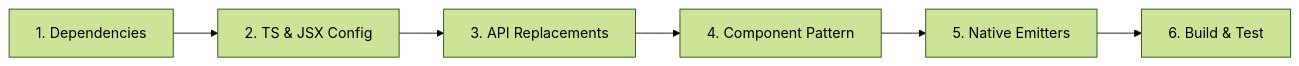
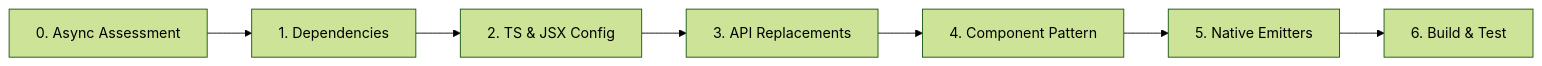
The third of 3 diagrams in docs/solid-2-framework-migration-guide.md (zynth-org/zynth), drawn with Mermaid (forest theme) before and after one commit. The commit also changed other lines of this file, not shown here.

Commit message:
feat: Update SolidJS 2.0 migration guide with architectural principles and async mental model

````diff
--- a/docs/solid-2-framework-migration-guide.md
+++ b/docs/solid-2-framework-migration-guide.md
@@ -32,8 +284,9 @@
 ```mermaid
 flowchart LR
-    S1[1. Dependencies] --> S2[2. TS & JSX Config]
+    S0[0. Async Assessment] --> S1[1. Dependencies]
+    S1 --> S2[2. TS & JSX Config]
     S2 --> S3[3. API Replacements]
     S3 --> S4[4. Component Pattern]
     S4 --> S5[5. Native Emitters]
     S5 --> S6[6. Build & Test]
 ```
````
